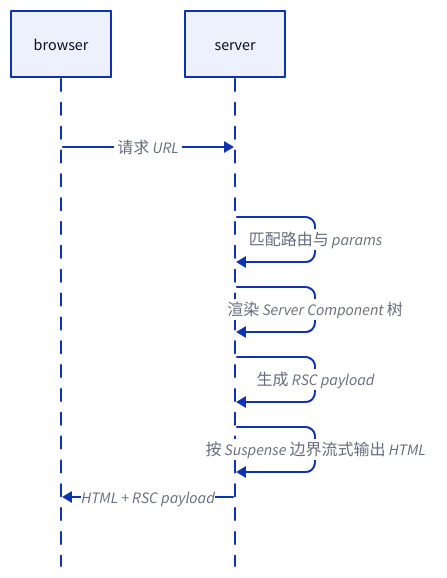
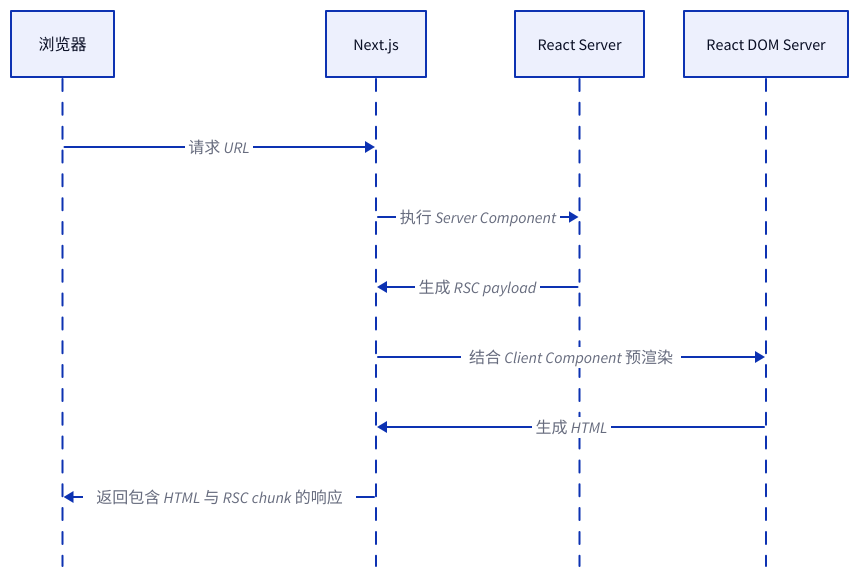
One commit to youngluo/thinking changed the first of 4 diagrams in apps/docs/experiences/React/Next.js 原理与实践.md. Above: the diagram before and after it, drawn with D2. The commit also changed other lines of this file and 1 other file, not shown here.

Commit message:
docs: clarify nextjs rendering and vite architecture

````diff
--- a/apps/docs/experiences/React/Next.js 原理与实践.md
+++ b/apps/docs/experiences/React/Next.js 原理与实践.md
@@ -38,10 +31,15 @@
 ```d2 maxHeight=480
 shape: sequence_diagram
 
-browser -> server: 请求 URL
-server -> server: 匹配路由与 params
-server -> server: 渲染 Server Component 树
-server -> server: 生成 RSC payload
-server -> server: 按 Suspense 边界流式输出 HTML
-server -> browser: HTML + RSC payload
+browser: 浏览器
+next: Next.js
+rsc: React Server
+ssr: React DOM Server
+
+browser -> next: 请求 URL
+next -> rsc: 执行 Server Component
+rsc -> next: 生成 RSC payload
+next -> ssr: 结合 Client Component 预渲染
+ssr -> next: 生成 HTML
+next -> browser: 返回包含 HTML 与 RSC chunk 的响应
 ```
````
